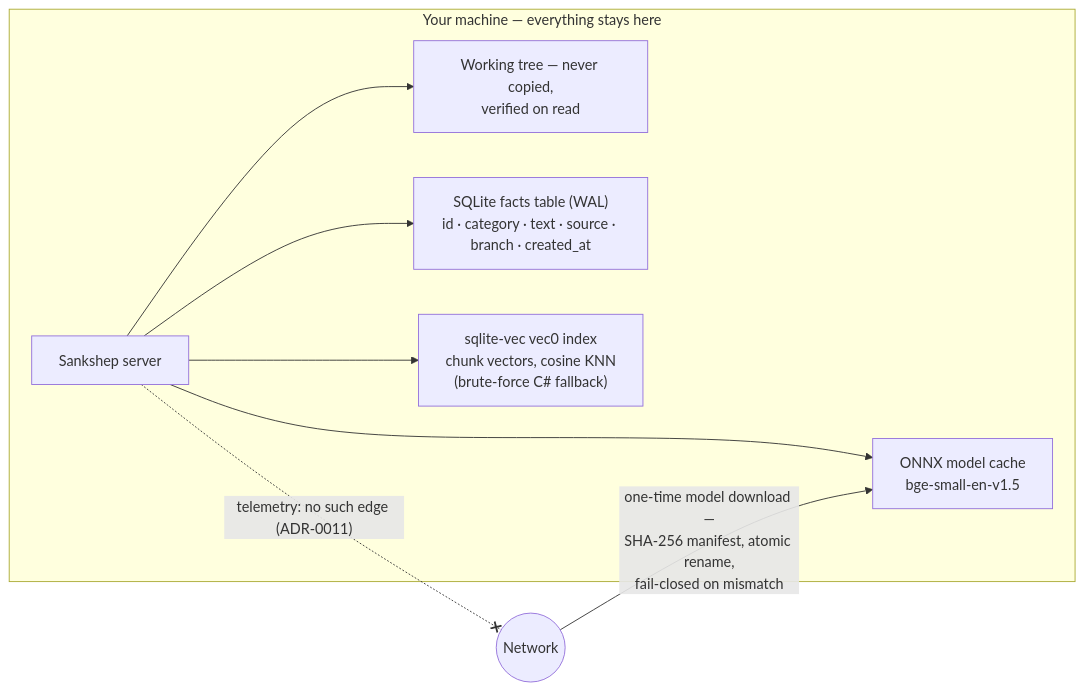
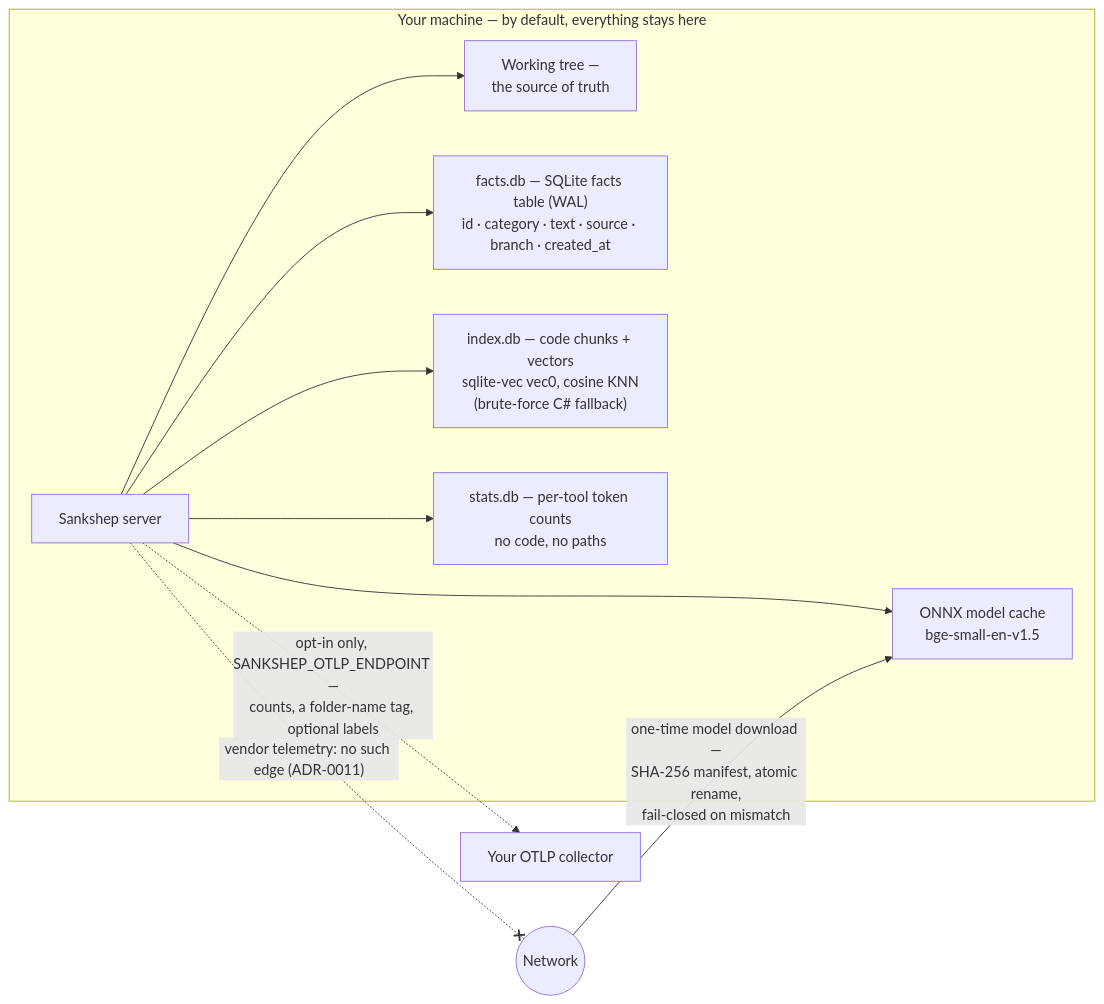
Before and after one commit to nitinpawar28/AI-learn: the third of 3 diagrams in docs/part5-capstone/architecture.md, drawn with Mermaid. The commit also changed other lines of this file and 8 other files, not shown here.

````diff
--- a/docs/part5-capstone/architecture.md
+++ b/docs/part5-capstone/architecture.md
@@ -136,17 +139,21 @@
 ```mermaid
 flowchart LR
-    subgraph LOCAL["Your machine — everything stays here"]
+    subgraph LOCAL["Your machine — by default, everything stays here"]
         S["Sankshep server"]
-        WT["Working tree — never copied,<br/>verified on read"]
-        FACTS["SQLite facts table (WAL)<br/>id · category · text · source · branch · created_at"]
-        VEC["sqlite-vec vec0 index<br/>chunk vectors, cosine KNN<br/>(brute-force C# fallback)"]
+        WT["Working tree —<br/>the source of truth"]
+        FACTS["facts.db — SQLite facts table (WAL)<br/>id · category · text · source · branch · created_at"]
+        VEC["index.db — code chunks + vectors<br/>sqlite-vec vec0, cosine KNN<br/>(brute-force C# fallback)"]
+        STATS["stats.db — per-tool token counts<br/>no code, no paths"]
         MC["ONNX model cache<br/>bge-small-en-v1.5"]
         S --> WT
         S --> FACTS
         S --> VEC
+        S --> STATS
         S --> MC
     end
     NET(("Network"))
+    COL["Your OTLP collector"]
     NET -->|"one-time model download —<br/>SHA-256 manifest, atomic rename,<br/>fail-closed on mismatch"| MC
-    S -. "telemetry: no such edge (ADR-0011)" .-x NET
+    S -. "vendor telemetry: no such edge (ADR-0011)" .-x NET
+    S -. "opt-in only, SANKSHEP_OTLP_ENDPOINT —<br/>counts, a folder-name tag, optional labels" .-> COL
 ```
````
